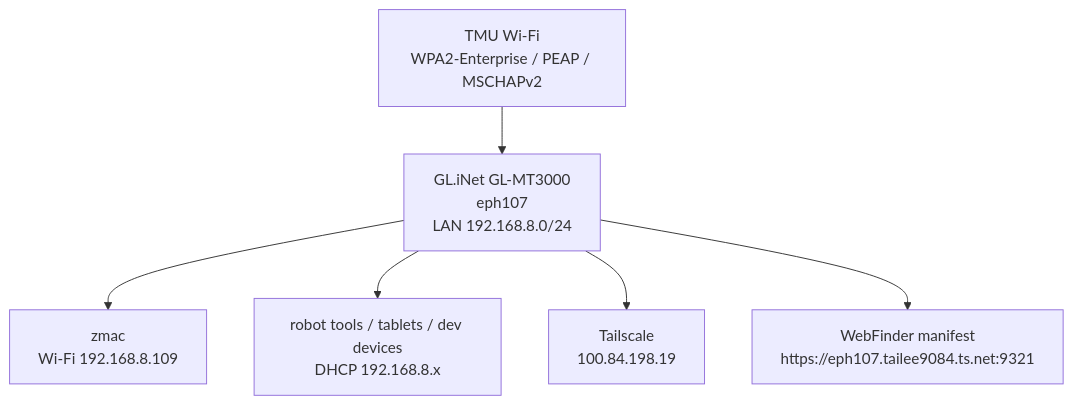
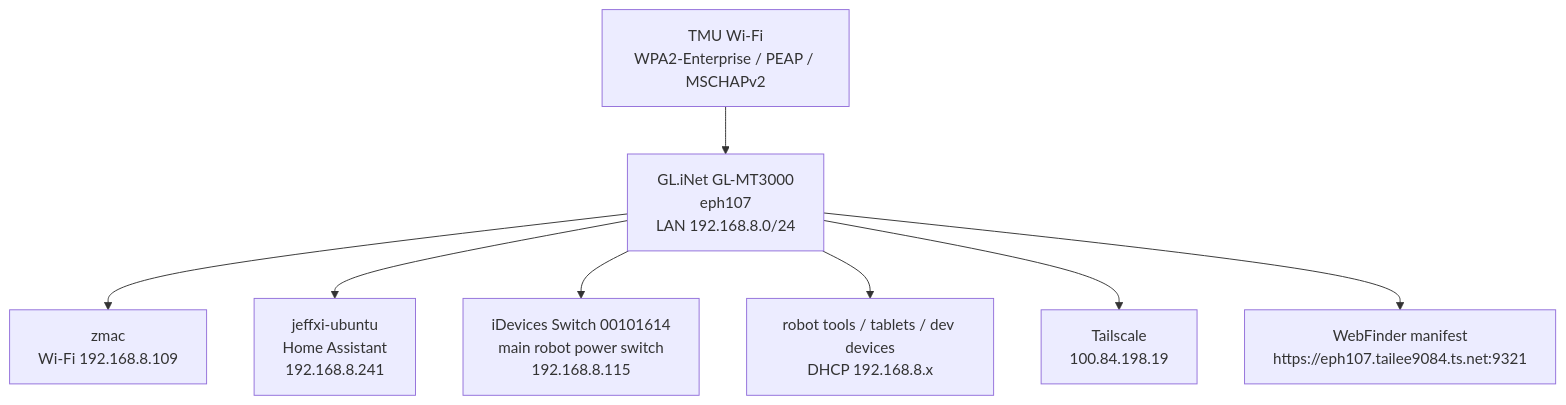
One commit to zeulewan/robot-docs changed the diagram in docs/infrastructure/networking/field-router.md. Above: the diagram before and after it, drawn with Mermaid. The commit also changed other lines of this file and 5 other files, not shown here.

Commit message:
Document lab Home Assistant power switch

````diff
--- a/docs/infrastructure/networking/field-router.md
+++ b/docs/infrastructure/networking/field-router.md
@@ -11,8 +11,10 @@
 ```mermaid
 flowchart TD
     TMU["TMU Wi-Fi<br/>WPA2-Enterprise / PEAP / MSCHAPv2"] --> GL["GL.iNet GL-MT3000<br/>eph107<br/>LAN 192.168.8.0/24"]
     GL --> MAC["zmac<br/>Wi-Fi 192.168.8.109"]
+    GL --> UBUNTU["jeffxi-ubuntu<br/>Home Assistant<br/>192.168.8.241"]
+    GL --> POWER["iDevices Switch 00101614<br/>main robot power switch<br/>192.168.8.115"]
     GL --> DEV["robot tools / tablets / dev devices<br/>DHCP 192.168.8.x"]
     GL --> TS["Tailscale<br/>100.84.198.19"]
     GL --> WF["WebFinder manifest<br/>https://eph107.tailee9084.ts.net:9321"]
 ```
````
